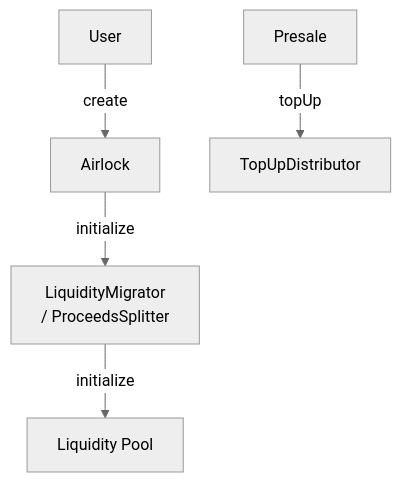
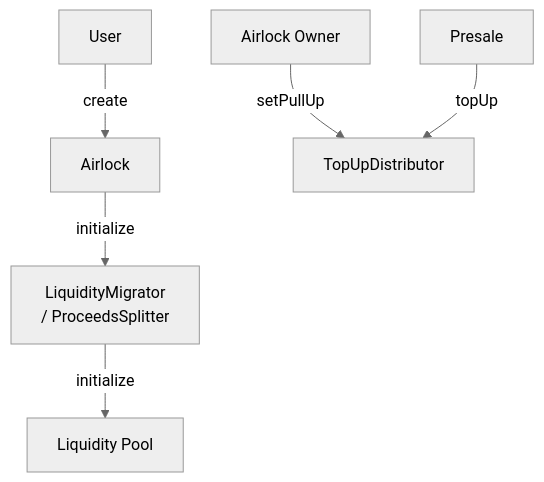
Before and after one commit to whetstoneresearch/doppler: the first of 2 diagrams in docs/ProceedsSplitter.md, drawn with Mermaid (neutral theme). The commit also changed other lines of this file, not shown here.

````diff
--- a/docs/ProceedsSplitter.md
+++ b/docs/ProceedsSplitter.md
@@ -14,7 +19,8 @@
 ```mermaid
 flowchart TD
     User -->|create| A[Airlock]
     A -->|initialize| LM[LiquidityMigrator<br />/ ProceedsSplitter]
     LM -->|initialize| LP[Liquidity Pool]
-    Presale -->|topUp| TUD[TopUpDistributor]
+    AO[Airlock Owner] -->|setPullUp| TUD[TopUpDistributor]
+    Presale -->|topUp| TUD
 ```
````
